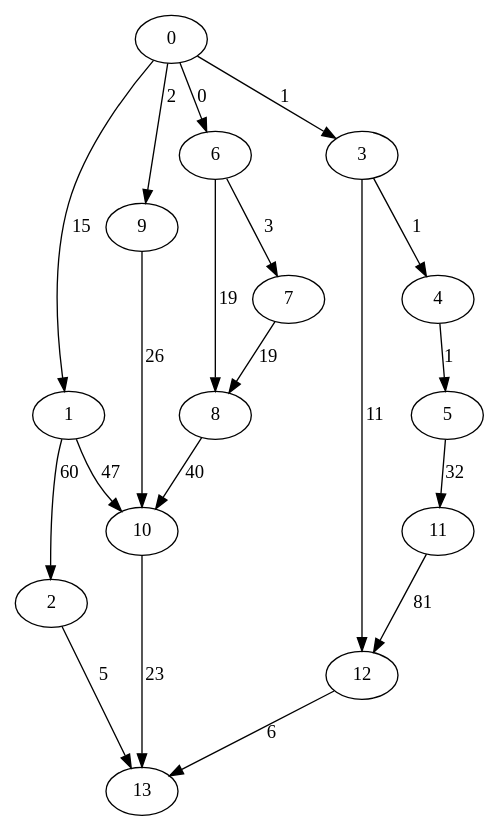
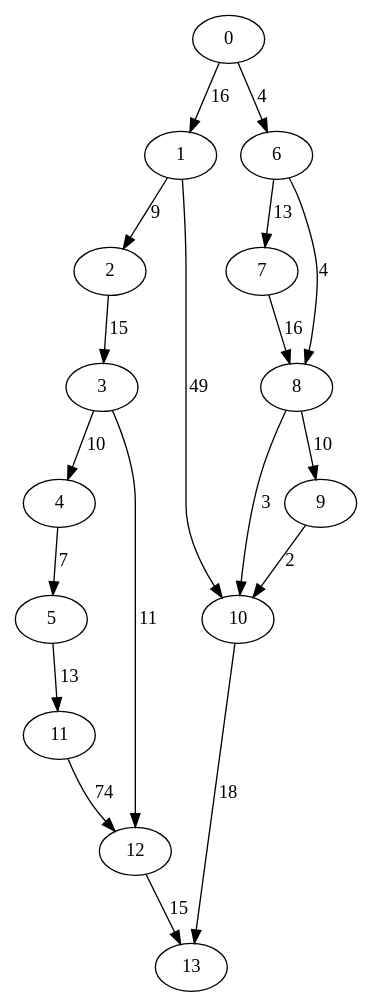
The diagram in small.dot (asaloniti/DagScheduling_old), drawn with Graphviz before and after one commit. The commit also changed 2 other files, not shown here.

```diff
--- a/small.dot
+++ b/small.dot
@@ -1,21 +1,20 @@
 digraph small {
-0 -> 1 [ label = 15 ];
-0 -> 3 [ label = 1 ];
-0 -> 6 [ label = 0 ];
-0 -> 9 [ label = 2 ];
-1 -> 2 [ label = 60 ];
-1 -> 10 [ label = 47 ];
-2 -> 13 [ label = 5 ];
-3 -> 4 [ label = 1 ];
+0 -> 1 [ label = 16 ];
+0 -> 6 [ label = 4 ];
+1 -> 2 [ label = 9 ];
+1 -> 10 [ label = 49 ];
+2 -> 3 [ label = 15 ];
+3 -> 4 [ label = 10 ];
 3 -> 12 [ label = 11 ];
-4 -> 5 [ label = 1 ];
-5 -> 11 [ label = 32 ];
-6 -> 7 [ label = 3 ];
-6 -> 8 [ label = 19 ];
-7 -> 8 [ label = 19 ];
-8 -> 10 [ label = 40 ];
-9 -> 10 [ label = 26 ];
-10 -> 13 [ label = 23 ];
-11 -> 12 [ label = 81 ];
-12 -> 13 [ label = 6 ];
+4 -> 5 [ label = 7 ];
+5 -> 11 [ label = 13 ];
+6 -> 7 [ label = 13 ];
+6 -> 8 [ label = 4 ];
+7 -> 8 [ label = 16 ];
+8 -> 9 [ label = 10 ];
+8 -> 10 [ label = 3 ];
+9 -> 10 [ label = 2 ];
+10 -> 13 [ label = 18 ];
+11 -> 12 [ label = 74 ];
+12 -> 13 [ label = 15 ];
  }
```
